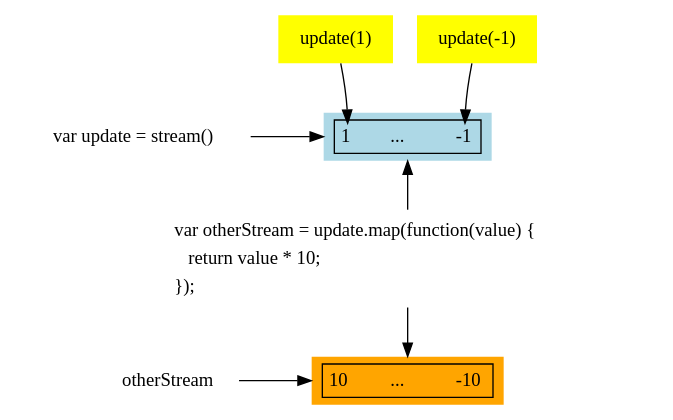
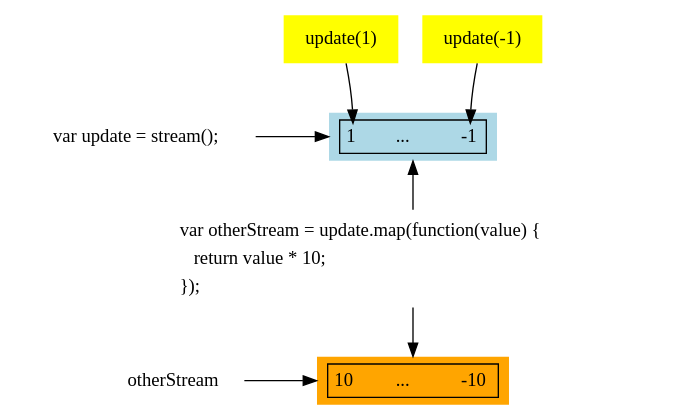
The diagram in examples/tutorial/images/05-stream-03.dot (foxdonut/meiosis-examples), drawn with Graphviz before and after one commit. The commit also changed 13 other files, not shown here.

```diff
--- a/examples/tutorial/images/05-stream-03.dot
+++ b/examples/tutorial/images/05-stream-03.dot
@@ -1,54 +1,54 @@
 digraph meiosistutorial {
-  stream [shape="none", label="var update = stream()"]
+  stream [shape="none", label="var update = stream();"]
 
   updateplus1 [shape="none", style="filled", fillcolor="yellow", label="update(1)"]
 
   updateminus1 [shape="none", style="filled", fillcolor="yellow", label="update(-1)"]
 
   thestream [shape="plaintext", style="filled", fillcolor="lightblue", label=<
     <table border="1">
       <tr>
         <td port="plusone" border="0">1</td>
         <td border="0">&nbsp;&nbsp;&nbsp;&nbsp;&nbsp;&nbsp;...&nbsp;&nbsp;&nbsp;&nbsp;&nbsp;</td>
         <td port="minusone" border="0">-1</td>
       </tr>
     </table>
   >]
 
   map [shape="plaintext", label=<
     <table border="0">
       <tr>
         <td align='left'>var otherStream = update.map(function(value) {</td>
       </tr>
       <tr>
         <td align='left'>    return value * 10;</td>
       </tr>
       <tr>
         <td align='left'>});</td>
       </tr>
     </table>
   >]
 
   themapstream [shape="plaintext", style="filled", fillcolor="orange", label=<
     <table border="1">
       <tr>
-        <td port="plusone" border="0">10</td>
+        <td border="0">10</td>
         <td border="0">&nbsp;&nbsp;&nbsp;&nbsp;&nbsp;&nbsp;...&nbsp;&nbsp;&nbsp;&nbsp;&nbsp;</td>
-        <td port="minusone" border="0">-10</td>
+        <td border="0">-10</td>
       </tr>
     </table>
   >]
 
   otherStream [shape="none"]
 
   updateplus1 -> thestream:plusone
   updateminus1 -> thestream:minusone
   stream -> thestream [label="        "]
   thestream -> map [dir="back"]
   map -> themapstream
   otherStream -> themapstream [label="        "]
 
   {rank="same"; stream thestream}
   {rank="same"; otherStream themapstream}
 
 }
```
